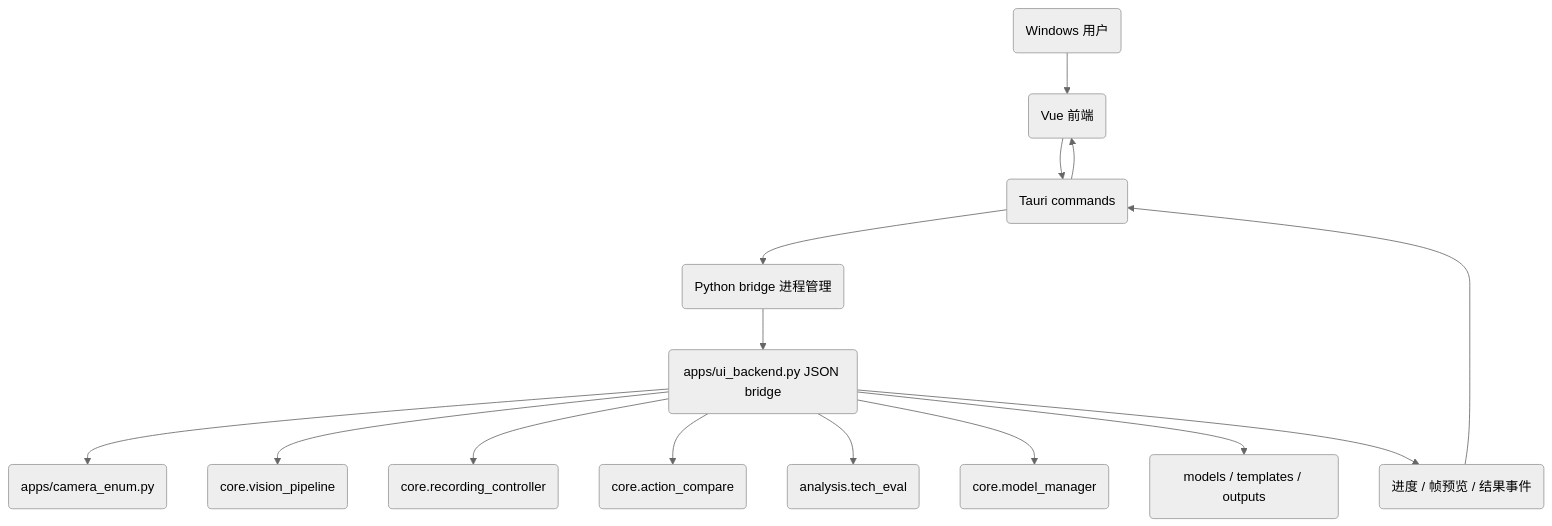
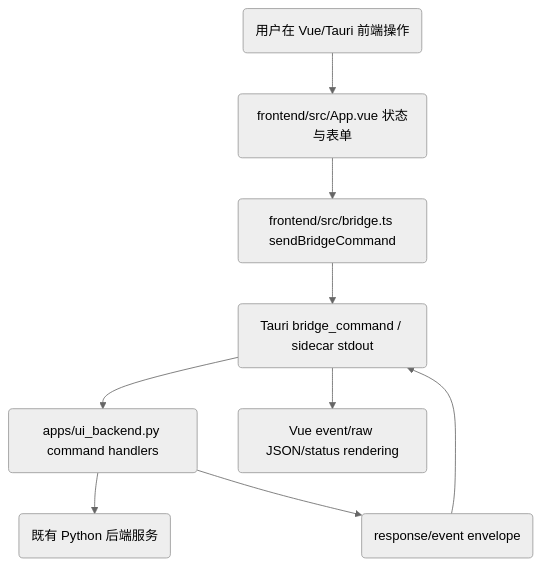
The diagram in docs/specs/design.md (YGuo-2/vision), drawn with Mermaid (neutral theme) before and after one commit. The commit also changed other lines of this file and 18 other files, not shown here.

Commit message:
fix: address vue tauri acceptance gaps

````diff
--- a/docs/specs/design.md
+++ b/docs/specs/design.md
@@ -88,17 +50,11 @@
 ```mermaid
 flowchart TD
-    U("Windows 用户") --> V("Vue 前端")
-    V --> TC("Tauri commands")
-    TC --> PM("Python bridge 进程管理")
-    PM --> PB("apps/ui_backend.py JSON bridge")
-    PB --> CAM("apps/camera_enum.py")
-    PB --> PIPE("core.vision_pipeline")
-    PB --> REC("core.recording_controller")
-    PB --> CMP("core.action_compare")
-    PB --> TECH("analysis.tech_eval")
-    PB --> MM("core.model_manager")
-    PB --> OUT("models / templates / outputs")
-    PB --> EVT("进度 / 帧预览 / 结果事件")
-    EVT --> TC
-    TC --> V
+    A("用户在 Vue/Tauri 前端操作") --> B("frontend/src/App.vue 状态与表单")
+    B --> C("frontend/src/bridge.ts sendBridgeCommand")
+    C --> D("Tauri bridge_command / sidecar stdout")
+    D --> E("apps/ui_backend.py command handlers")
+    E --> F("既有 Python 后端服务")
+    E --> G("response/event envelope")
+    G --> D
+    D --> H("Vue event/raw JSON/status rendering")
 ```
````
